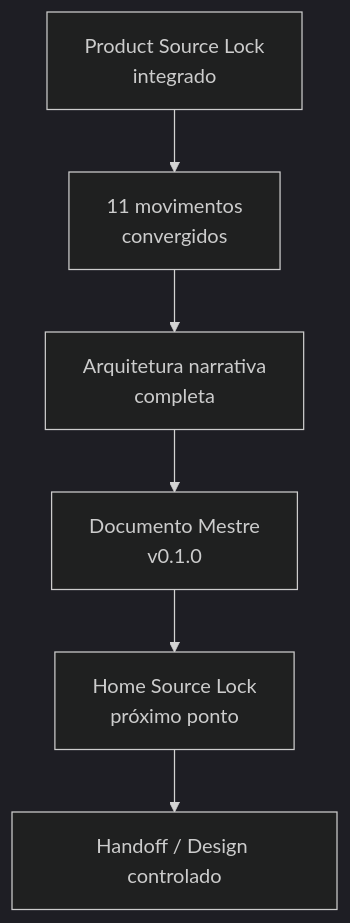
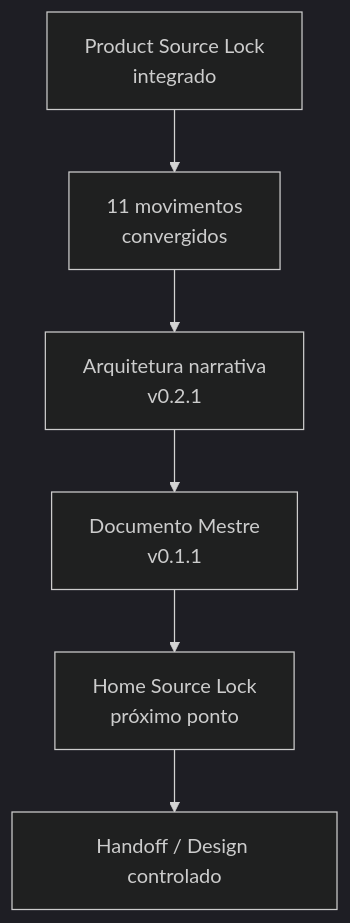
The second of 2 diagrams in docs/project/intelligence-home-continuity-checkpoint-2026-08-19.md (guivos-repositorio/Guivos-Knowledge-Repository), drawn with Mermaid (dark theme) before and after one commit. The commit also changed other lines of this file and 2 other files, not shown here.

````diff
--- a/docs/project/intelligence-home-continuity-checkpoint-2026-08-19.md
+++ b/docs/project/intelligence-home-continuity-checkpoint-2026-08-19.md
@@ -414,8 +482,8 @@
 ```mermaid
 flowchart TD
     A[Product Source Lock\nintegrado] --> B[11 movimentos\nconvergidos]
-    B --> C[Arquitetura narrativa\ncompleta]
-    C --> D[Documento Mestre\nv0.1.0]
+    B --> C[Arquitetura narrativa\nv0.2.1]
+    C --> D[Documento Mestre\nv0.1.1]
     D --> E[Home Source Lock\npróximo ponto]
     E --> F[Handoff / Design controlado]
 ```
````
